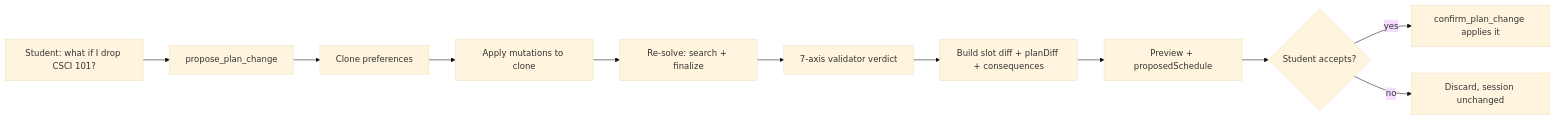
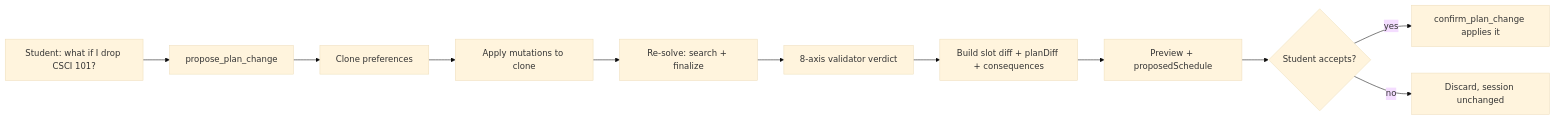
Before and after one commit to EdoardoMongardi/NYU_Path: the first of 3 diagrams in Docs/current-system/tools/propose_plan_change.md, drawn with Mermaid (base theme). The commit also changed other lines of this file and 3 other files, not shown here.

````diff
--- a/Docs/current-system/tools/propose_plan_change.md
+++ b/Docs/current-system/tools/propose_plan_change.md
@@ -9,13 +9,13 @@
 ```mermaid
 flowchart LR
     Q[Student: what if I drop CSCI 101?] --> T[propose_plan_change]
     T --> C[Clone preferences]
     C --> A[Apply mutations to clone]
     A --> S[Re-solve: search + finalize]
-    S --> V[7-axis validator verdict]
+    S --> V[8-axis validator verdict]
     V --> R[Build slot diff + planDiff + consequences]
     R --> P[Preview + proposedSchedule]
     P --> D{Student accepts?}
     D -->|yes| CONF[confirm_plan_change applies it]
     D -->|no| END[Discard, session unchanged]
 ```
````
